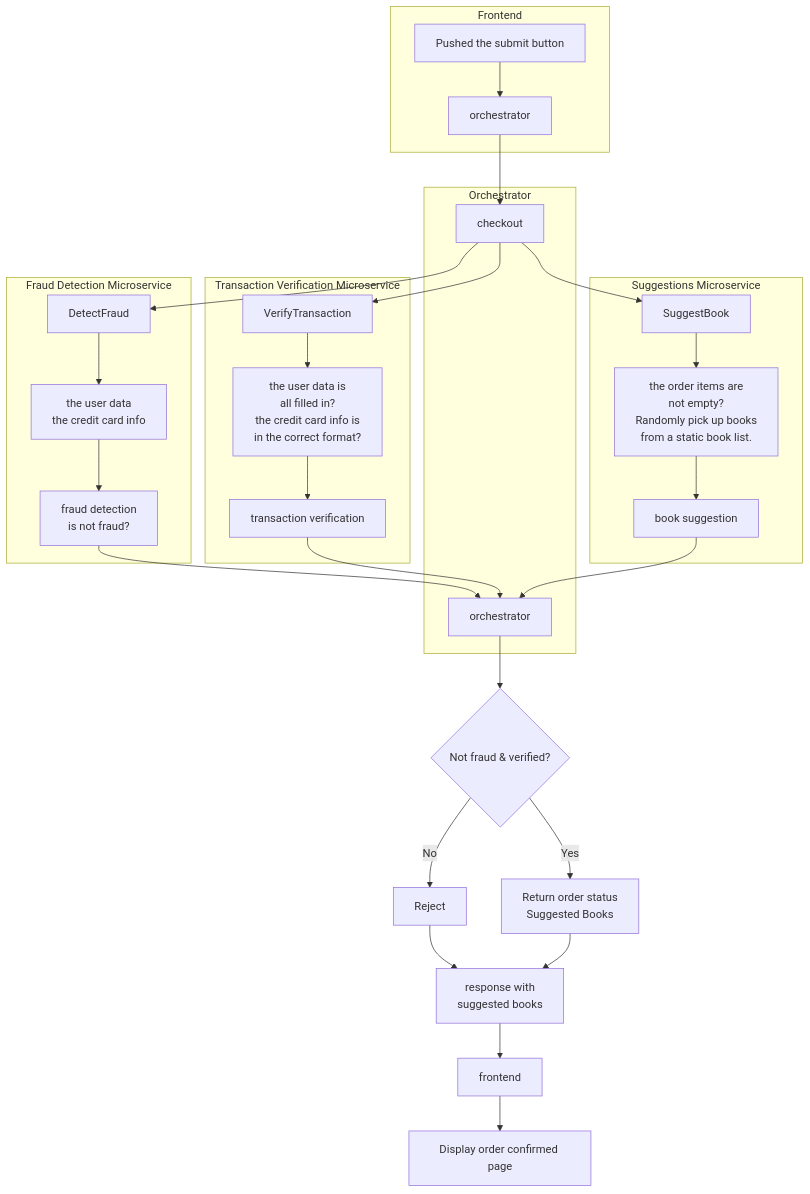
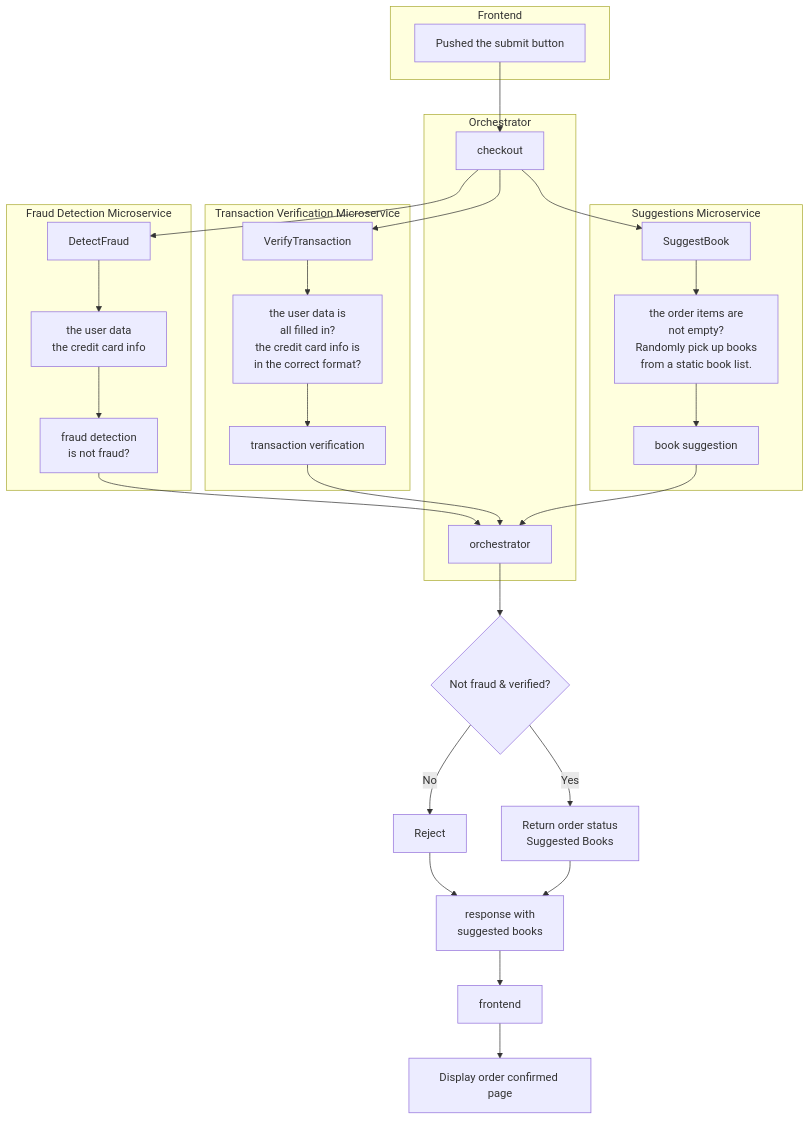
The second of 2 diagrams in README.md (mharisirfan/ds-practice-2025), drawn with Mermaid before and after one commit.

Commit message:
Fix mermaid graph node labels in README

````diff
--- a/README.md
+++ b/README.md
@@ -29,46 +29,46 @@
 ```mermaid
 graph TD
     subgraph Frontend
-        A[Pushed the submit button] --> B[orchestrator]
+        B[Pushed the submit button]
     end
 
     subgraph Orchestrator
         B --> C[checkout]
         M[orchestrator]
     end
 
     subgraph "Fraud Detection Microservice"
         D[DetectFraud] --> G[the user data<br/>the credit card info]
         G --> J[fraud detection<br/>is not fraud?]
     end
 
     subgraph "Transaction Verification Microservice"
         E[VerifyTransaction] --> H[the user data is<br/>all filled in?<br/>the credit card info is<br/>in the correct format?]
         H --> K[transaction verification]
     end
 
     subgraph "Suggestions Microservice"
         F[SuggestBook] --> I[the order items are<br/>not empty?<br/>Randomly pick up books<br/>from a static book list.]
         I --> L[book suggestion]
     end
 
     C --> D
     C --> E
     C --> F
 
     J --> M
     K --> M
     L --> M
 
     M --> N{Not fraud & verified?}
 
     N -->|No| O[Reject]
     N -->|Yes| P[Return order status<br/>Suggested Books]
 
     O --> Q[response with<br/>suggested books]
     P --> Q
 
     Q --> R[frontend]
 
     R --> S[Display order confirmed page]
 ```
````
